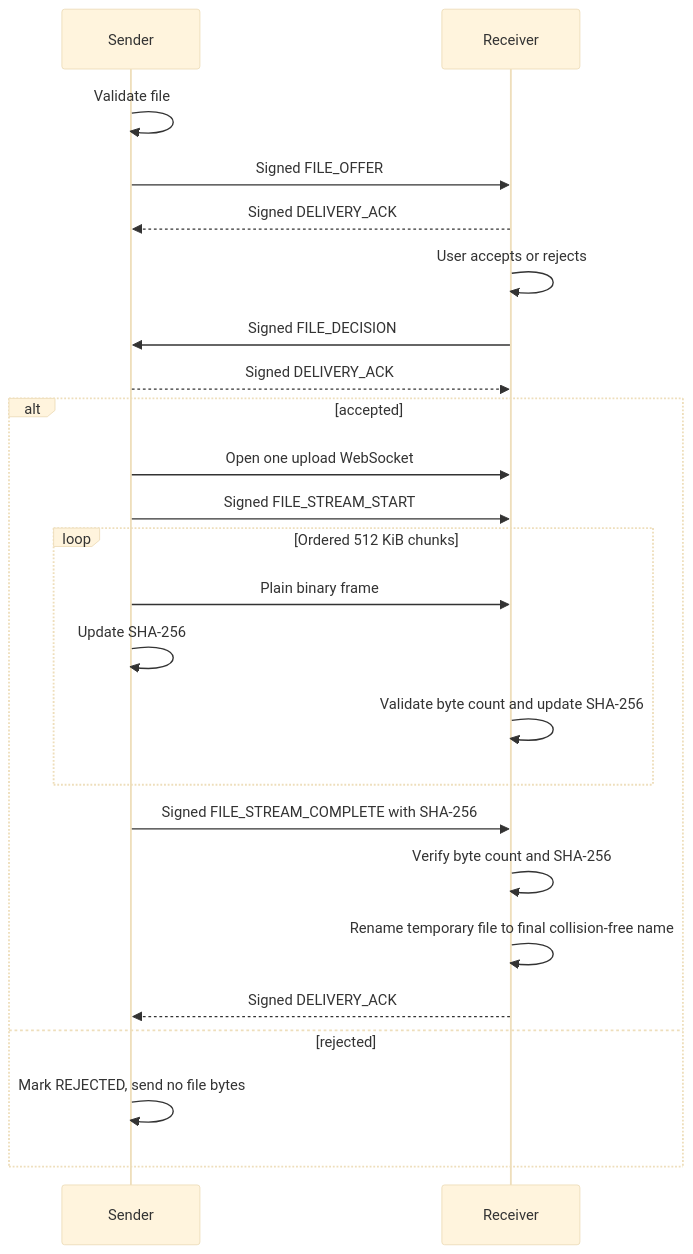
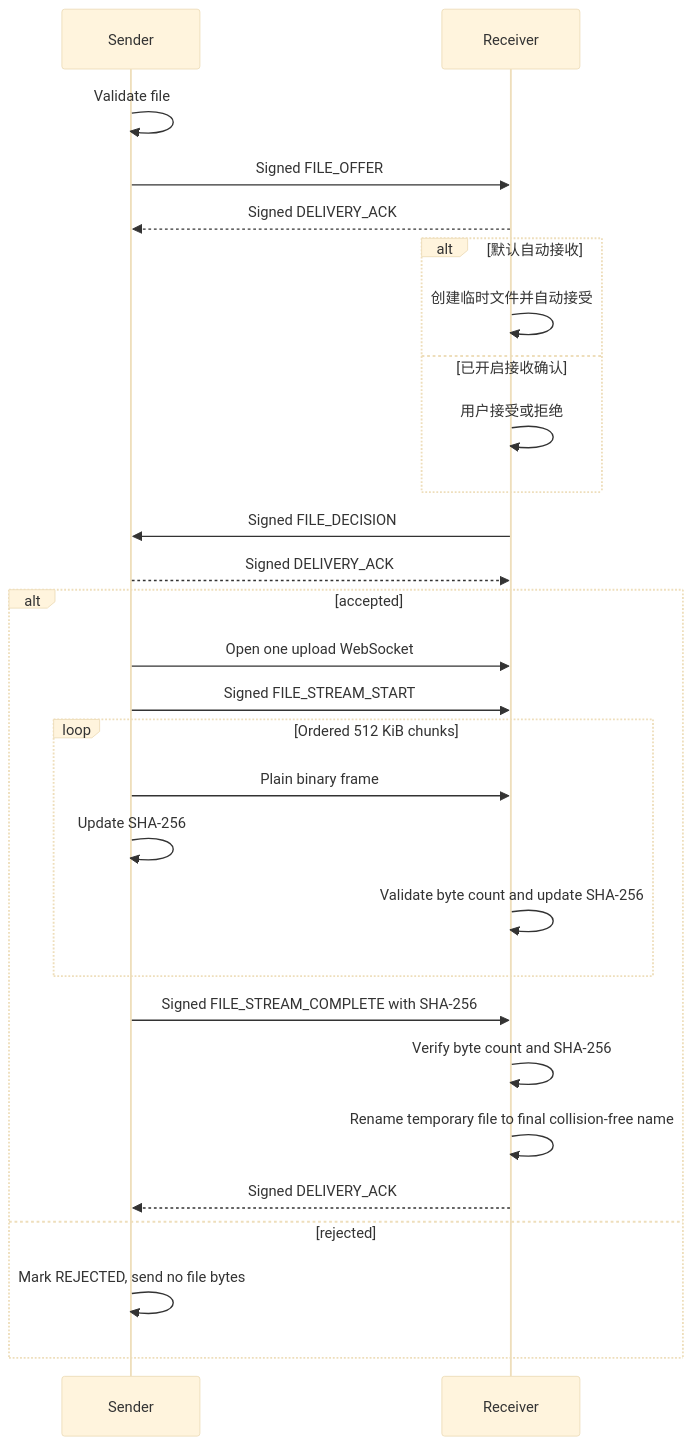
Before and after one commit to x2ink/subnetdrop: the first of 2 diagrams in docs/technical-principles/file-transfer.md, drawn with Mermaid (base theme). The commit also changed other lines of this file and 45 other files, not shown here.

````diff
--- a/docs/technical-principles/file-transfer.md
+++ b/docs/technical-principles/file-transfer.md
@@ -13,26 +14,30 @@
 ```mermaid
 sequenceDiagram
     participant S as Sender
     participant R as Receiver
     S->>S: Validate file
     S->>R: Signed FILE_OFFER
     R-->>S: Signed DELIVERY_ACK
-    R->>R: User accepts or rejects
+    alt 默认自动接收
+        R->>R: 创建临时文件并自动接受
+    else 已开启接收确认
+        R->>R: 用户接受或拒绝
+    end
     R->>S: Signed FILE_DECISION
     S-->>R: Signed DELIVERY_ACK
     alt accepted
         S->>R: Open one upload WebSocket
         S->>R: Signed FILE_STREAM_START
         loop Ordered 512 KiB chunks
             S->>R: Plain binary frame
             S->>S: Update SHA-256
             R->>R: Validate byte count and update SHA-256
         end
         S->>R: Signed FILE_STREAM_COMPLETE with SHA-256
         R->>R: Verify byte count and SHA-256
         R->>R: Rename temporary file to final collision-free name
         R-->>S: Signed DELIVERY_ACK
     else rejected
         S->>S: Mark REJECTED, send no file bytes
     end
 ```
````
